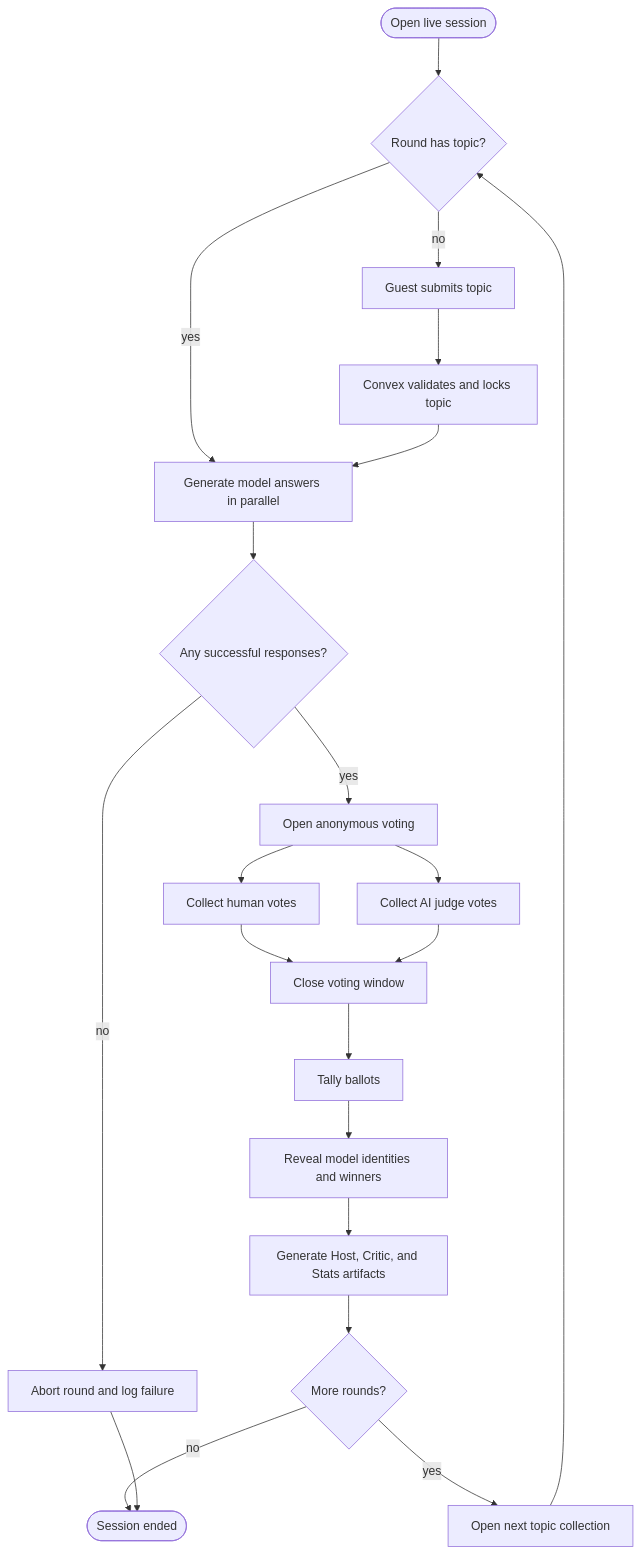
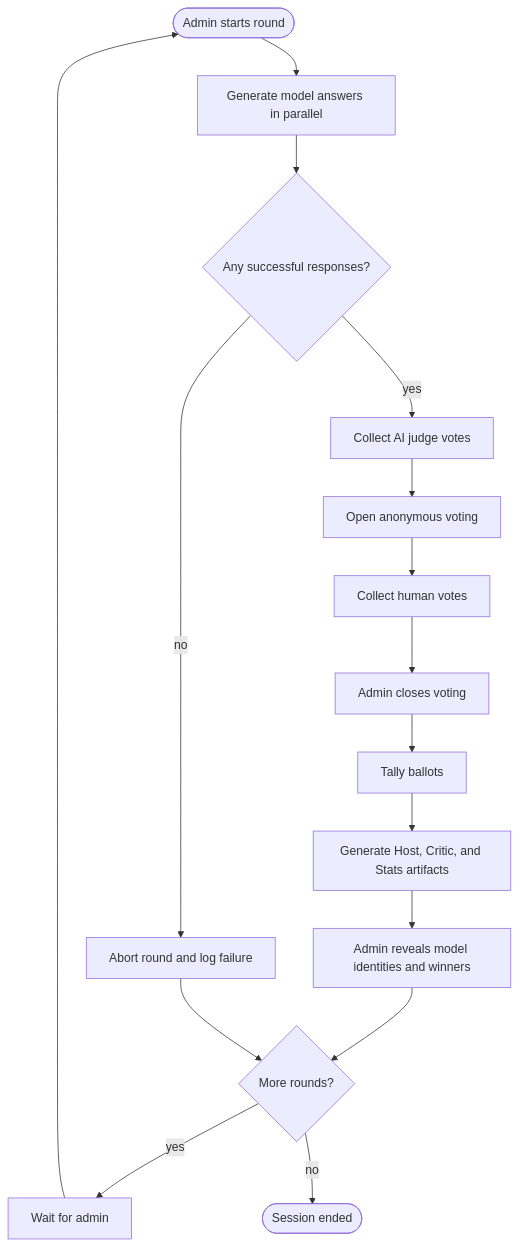
The diagram in docs/diagrams/mermaid/04-activity-flow.mmd (Radu028/ai-arena), drawn with Mermaid before and after one commit. The commit also changed 45 other files, not shown here.

```diff
--- a/docs/diagrams/mermaid/04-activity-flow.mmd
+++ b/docs/diagrams/mermaid/04-activity-flow.mmd
@@ -1,21 +1,16 @@
 flowchart TD
-  Start([Open live session]) --> HasTopic{Round has topic?}
-  HasTopic -- no --> Submit[Guest submits topic]
-  Submit --> Lock[Convex validates and locks topic]
-  HasTopic -- yes --> Generate
-  Lock --> Generate[Generate model answers in parallel]
+  Start([Admin starts round]) --> Generate[Generate model answers in parallel]
   Generate --> AnySuccess{Any successful responses?}
   AnySuccess -- no --> Abort[Abort round and log failure]
-  AnySuccess -- yes --> Voting[Open anonymous voting]
+  AnySuccess -- yes --> AiVotes[Collect AI judge votes]
+  AiVotes --> Voting[Open anonymous voting]
   Voting --> HumanVotes[Collect human votes]
-  Voting --> AiVotes[Collect AI judge votes]
-  HumanVotes --> Close[Close voting window]
-  AiVotes --> Close
+  HumanVotes --> Close[Admin closes voting]
   Close --> Score[Tally ballots]
-  Score --> Reveal[Reveal model identities and winners]
-  Reveal --> Artifacts[Generate Host, Critic, and Stats artifacts]
-  Artifacts --> MoreRounds{More rounds?}
-  MoreRounds -- yes --> NextRound[Open next topic collection]
-  NextRound --> HasTopic
+  Score --> Artifacts[Generate Host, Critic, and Stats artifacts]
+  Artifacts --> Reveal[Admin reveals model identities and winners]
+  Reveal --> MoreRounds{More rounds?}
+  MoreRounds -- yes --> Wait[Wait for admin]
+  Wait --> Start
   MoreRounds -- no --> End([Session ended])
-  Abort --> End
+  Abort --> MoreRounds
```
